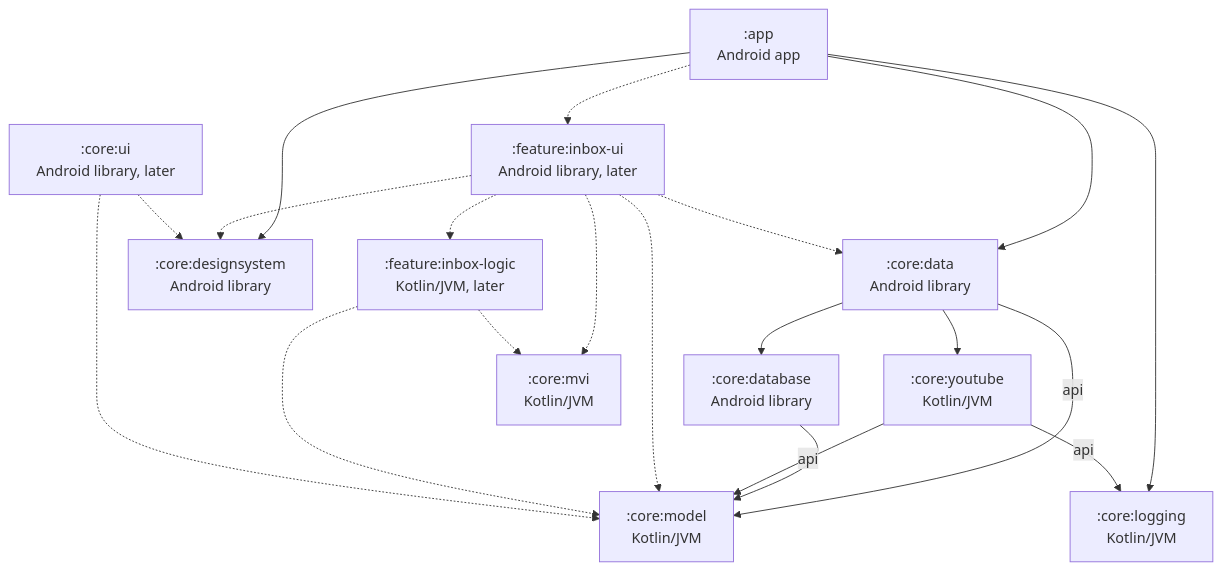
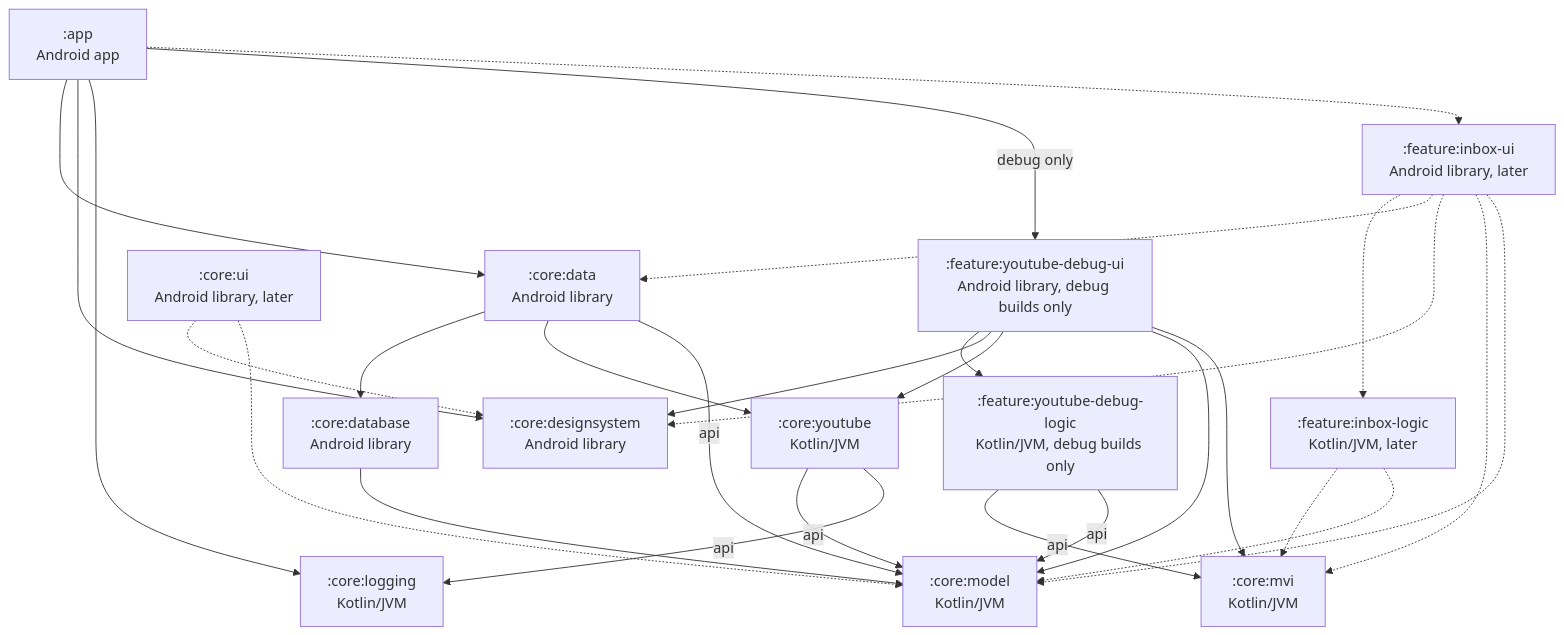
The first of 3 diagrams in docs/architecture.md (dewfallapp/dewfall), drawn with Mermaid before and after one commit. The commit also changed other lines of this file and 3 other files, not shown here.

````diff
--- a/docs/architecture.md
+++ b/docs/architecture.md
@@ -16,35 +16,45 @@
 ```mermaid
 graph TD
     app[":app<br/>Android app"]
     data[":core:data<br/>Android library"]
     database[":core:database<br/>Android library"]
     designsystem[":core:designsystem<br/>Android library"]
     youtube[":core:youtube<br/>Kotlin/JVM"]
     logging[":core:logging<br/>Kotlin/JVM"]
     model[":core:model<br/>Kotlin/JVM"]
     mvi[":core:mvi<br/>Kotlin/JVM"]
+    debugUi[":feature:youtube-debug-ui<br/>Android library, debug builds only"]
+    debugLogic[":feature:youtube-debug-logic<br/>Kotlin/JVM, debug builds only"]
     coreUi[":core:ui<br/>Android library, later"]
     inboxUi[":feature:inbox-ui<br/>Android library, later"]
     inboxLogic[":feature:inbox-logic<br/>Kotlin/JVM, later"]
 
     app --> data
     app --> designsystem
     app --> logging
     data --> database
     data --> youtube
     data -->|api| model
     database --> model
     youtube -->|api| model
     youtube -->|api| logging
+    app -->|debug only| debugUi
+    debugUi --> debugLogic
+    debugUi --> designsystem
+    debugUi --> youtube
+    debugUi --> model
+    debugUi --> mvi
+    debugLogic -->|api| mvi
+    debugLogic -->|api| model
 
     app -.-> inboxUi
     inboxUi -.-> inboxLogic
     inboxUi -.-> data
     inboxUi -.-> designsystem
     inboxUi -.-> mvi
     inboxUi -.-> model
     inboxLogic -.-> mvi
     inboxLogic -.-> model
     coreUi -.-> designsystem
     coreUi -.-> model
 ```
````
